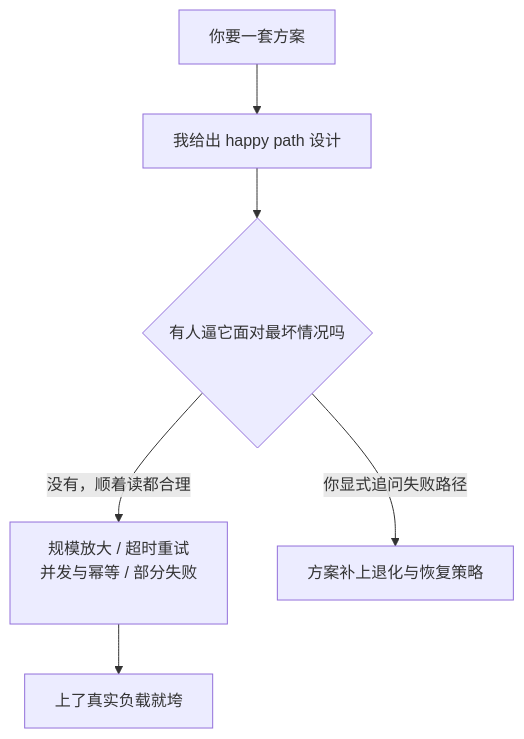
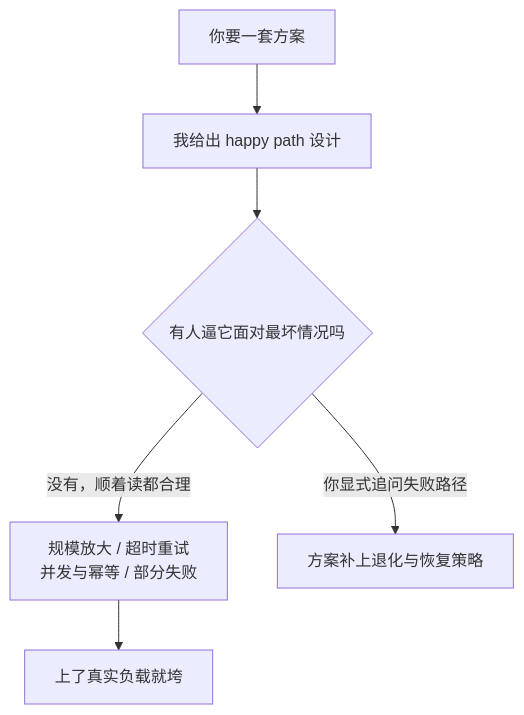
The diagram in docs/04-detailed-design/plausible-but-brittle-design.mdx (XuebinMa/AIWiki), drawn with Mermaid before and after one commit. The commit also changed 99 other files, not shown here.

First line of the commit message:
fix(mermaid): 全局根治节点文字裁切（htmlLabels:false + 清理 br/nbsp 占位）(#26)

````diff
--- a/docs/04-detailed-design/plausible-but-brittle-design.mdx
+++ b/docs/04-detailed-design/plausible-but-brittle-design.mdx
@@ -38,8 +38,8 @@
 ```mermaid
 flowchart TD
     A[你要一套方案] --> B[我给出 happy path 设计]
     B --> C{有人逼它面对最坏情况吗}
-    C -->|没有，顺着读都合理| D["规模放大 / 超时重试<br/>并发与幂等 / 部分失败<br/>&nbsp;"]
+    C -->|没有，顺着读都合理| D["规模放大 / 超时重试<br/>并发与幂等 / 部分失败"]
     C -->|你显式追问失败路径| E[方案补上退化与恢复策略]
     D --> F[上了真实负载就垮]
 ```
````
